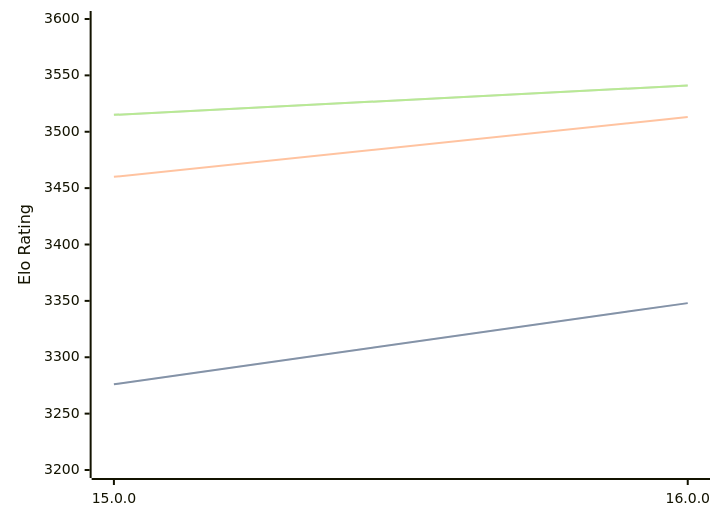
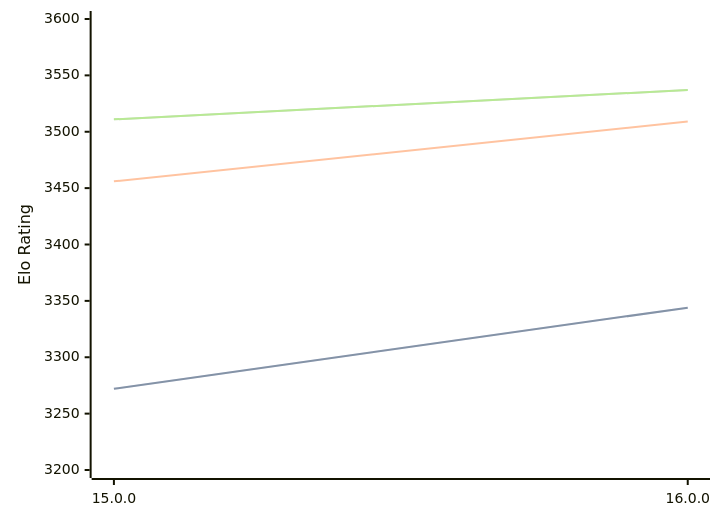
Before and after one commit to computer-chess-index/cci: the third of 3 diagrams in engines/Halogen.md, drawn with Mermaid. The commit also changed other lines of this file, not shown here.

Commit message:
Update CCI Ratings (ELO VLTC) - 2026-07-16

````diff
--- a/engines/Halogen.md
+++ b/engines/Halogen.md
@@ -83,11 +83,11 @@
 ```mermaid
 %%{init: {"theme":"base","themeVariables":{"seriesColors:['#a3a3a3','#222221','#faa371']}}}%%
 xychart-beta
   x-axis ["15.0.0", "16.0.0"]
   y-axis "Elo Rating" 3200 --> 3600
-  line "STC (8.0+0.08s)" [3276, 3348]
-  line "STC (8.0+0.08s)" [3276, 3348]
-  line "LTC (60.0+0.60s)" [3460, 3513]
-  line "VLTC (2m24s+1.12s)" [3515, 3541]
-  line "VLTC (2m24s+1.12s)" [3515, 3541]
+  line "STC (8.0+0.08s)" [3272, 3344]
+  line "STC (8.0+0.08s)" [3272, 3344]
+  line "LTC (60.0+0.60s)" [3456, 3509]
+  line "VLTC (2m24s+1.12s)" [3511, 3537]
+  line "VLTC (2m24s+1.12s)" [3511, 3537]
 ```
````
